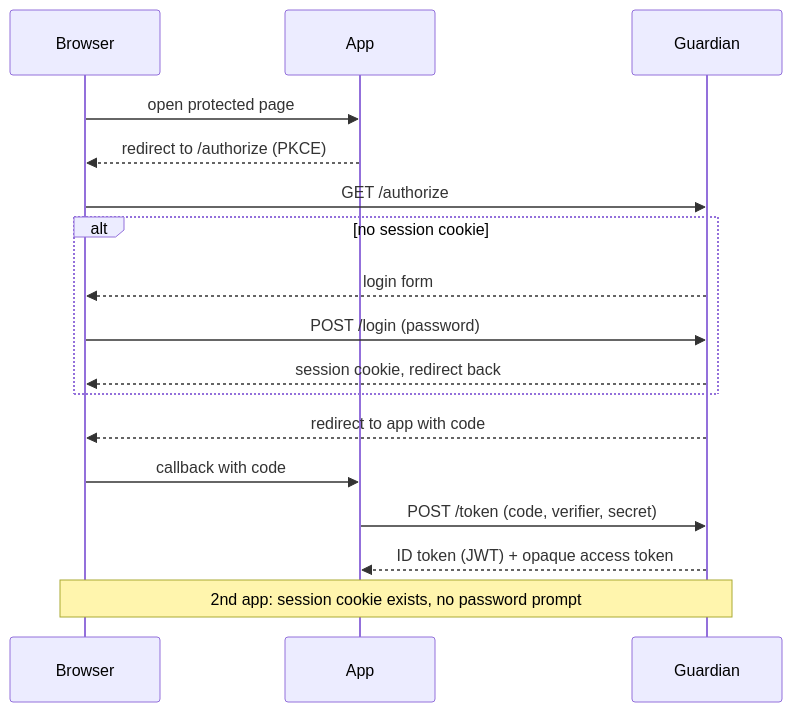
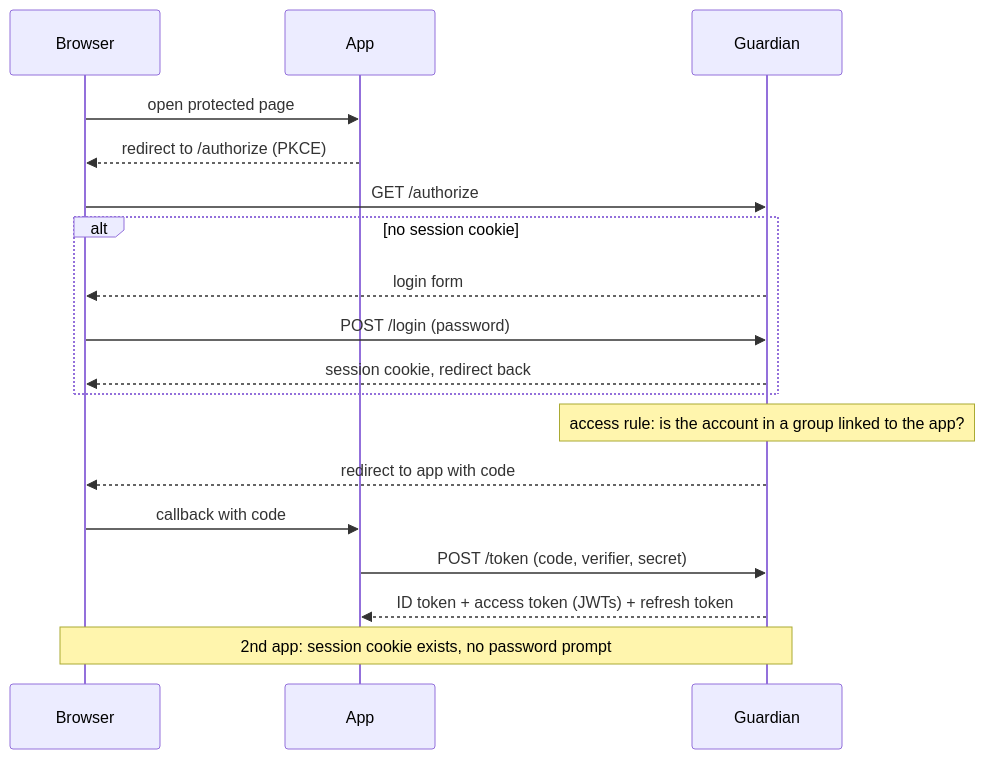
The second of 4 diagrams in docs/ARCHITECTURE.md (Krysset/Guardian), drawn with Mermaid before and after one commit. The commit also changed other lines of this file and 43 other files, not shown here.

````diff
--- a/docs/ARCHITECTURE.md
+++ b/docs/ARCHITECTURE.md
@@ -65,19 +74,20 @@
 ```mermaid
 sequenceDiagram
   participant B as Browser
   participant A as App
   participant G as Guardian
   B->>A: open protected page
   A-->>B: redirect to /authorize (PKCE)
   B->>G: GET /authorize
   alt no session cookie
     G-->>B: login form
     B->>G: POST /login (password)
     G-->>B: session cookie, redirect back
   end
+  Note over G: access rule: is the account in a group linked to the app?
   G-->>B: redirect to app with code
   B->>A: callback with code
   A->>G: POST /token (code, verifier, secret)
-  G-->>A: ID token (JWT) + opaque access token
+  G-->>A: ID token + access token (JWTs) + refresh token
   Note over B,G: 2nd app: session cookie exists, no password prompt
 ```
````
